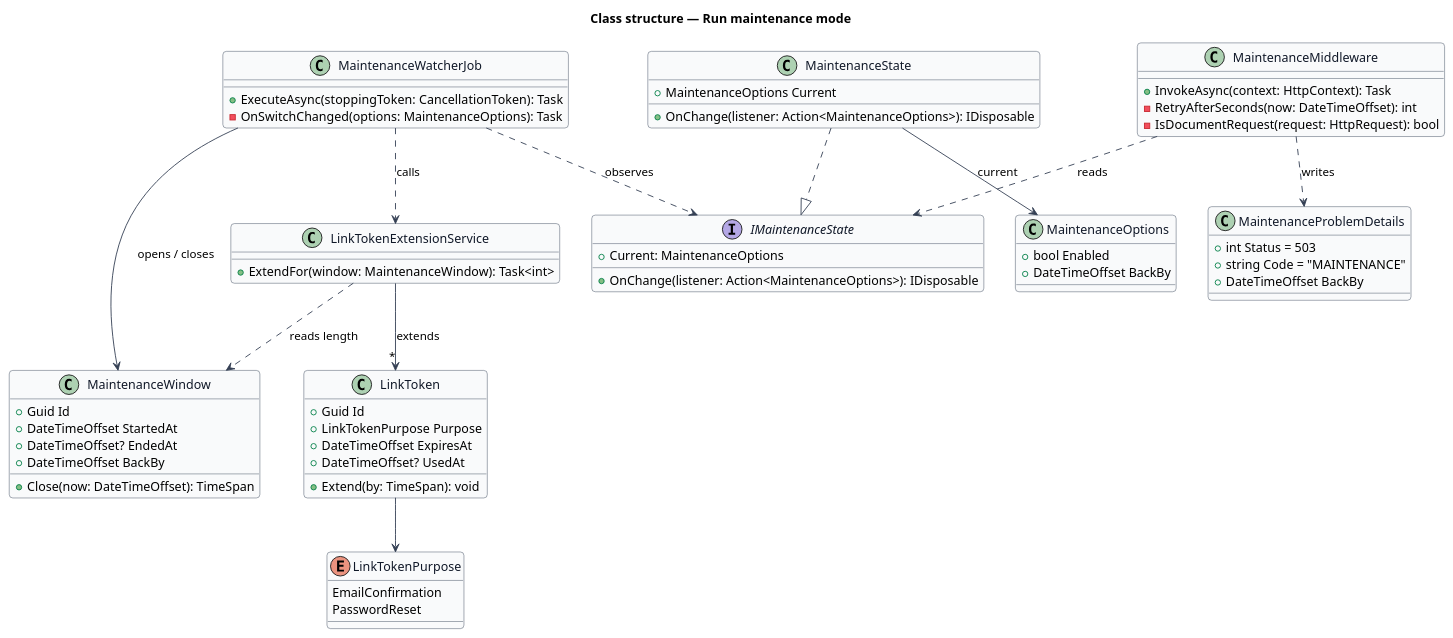
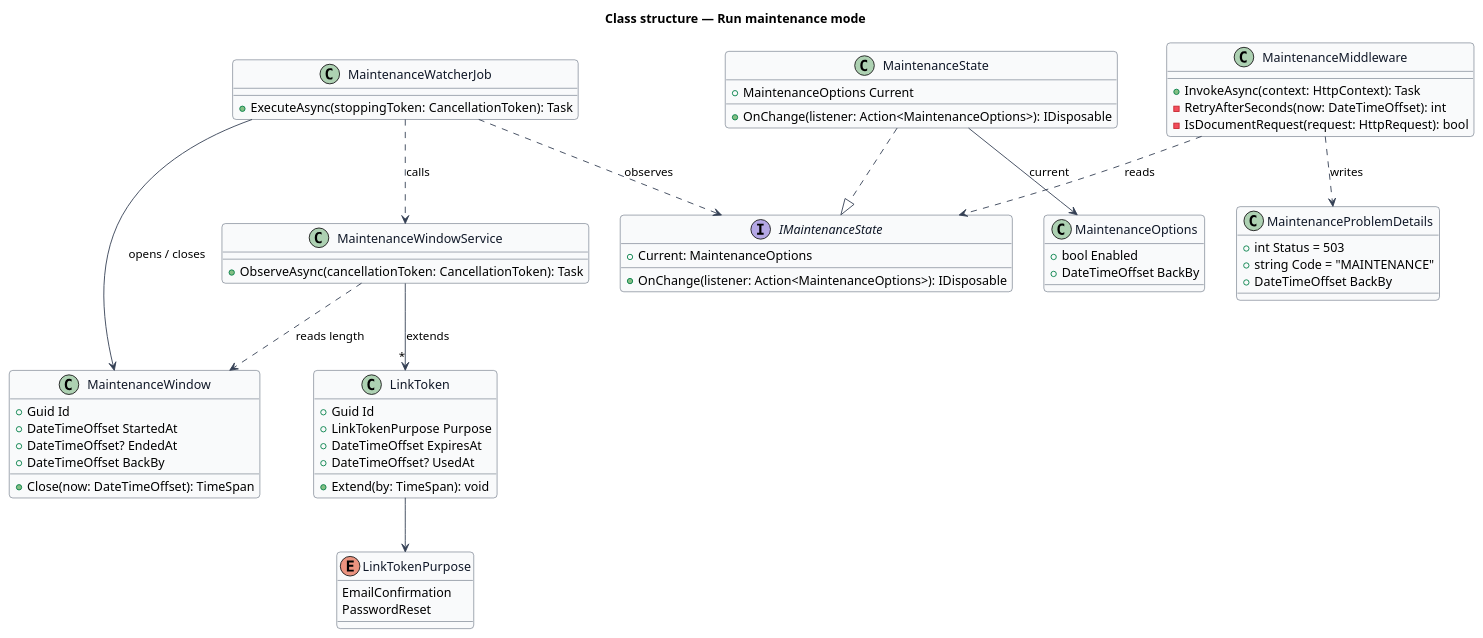
Before and after one commit to QuinntyneBrown/jubilee: the diagram in docs/detailed-designs/system-pages/run-maintenance-mode/diagrams/class-structure.puml, drawn with PlantUML. The commit also changed 23 other files, not shown here.

```diff
--- a/docs/detailed-designs/system-pages/run-maintenance-mode/diagrams/class-structure.puml
+++ b/docs/detailed-designs/system-pages/run-maintenance-mode/diagrams/class-structure.puml
@@ -1,71 +1,70 @@
 @startuml
 skinparam backgroundColor #FFFFFF
 skinparam shadowing false
 skinparam roundcorner 8
 skinparam defaultFontName Arial
 skinparam ArrowColor #344054
 skinparam class {
   BorderColor #344054
   FontColor #101828
   BackgroundColor #F9FAFB
 }
 title Class structure — Run maintenance mode
 enum LinkTokenPurpose {
   EmailConfirmation
   PasswordReset
 }
 class MaintenanceOptions {
   +bool Enabled
   +DateTimeOffset BackBy
 }
 interface IMaintenanceState {
   +Current: MaintenanceOptions
   +OnChange(listener: Action<MaintenanceOptions>): IDisposable
 }
 class MaintenanceState {
   +MaintenanceOptions Current
   +OnChange(listener: Action<MaintenanceOptions>): IDisposable
 }
 class MaintenanceMiddleware {
   +InvokeAsync(context: HttpContext): Task
   -RetryAfterSeconds(now: DateTimeOffset): int
   -IsDocumentRequest(request: HttpRequest): bool
 }
 class MaintenanceWindow {
   +Guid Id
   +DateTimeOffset StartedAt
   +DateTimeOffset? EndedAt
   +DateTimeOffset BackBy
   +Close(now: DateTimeOffset): TimeSpan
 }
 class MaintenanceWatcherJob {
   +ExecuteAsync(stoppingToken: CancellationToken): Task
-  -OnSwitchChanged(options: MaintenanceOptions): Task
 }
-class LinkTokenExtensionService {
-  +ExtendFor(window: MaintenanceWindow): Task<int>
+class MaintenanceWindowService {
+  +ObserveAsync(cancellationToken: CancellationToken): Task
 }
 class LinkToken {
   +Guid Id
   +LinkTokenPurpose Purpose
   +DateTimeOffset ExpiresAt
   +DateTimeOffset? UsedAt
   +Extend(by: TimeSpan): void
 }
 class MaintenanceProblemDetails {
   +int Status = 503
   +string Code = "MAINTENANCE"
   +DateTimeOffset BackBy
 }
 
 MaintenanceState ..|> IMaintenanceState
 MaintenanceState --> MaintenanceOptions : current
 MaintenanceMiddleware ..> IMaintenanceState : reads
 MaintenanceMiddleware ..> MaintenanceProblemDetails : writes
 MaintenanceWatcherJob ..> IMaintenanceState : observes
 MaintenanceWatcherJob --> MaintenanceWindow : opens / closes
-MaintenanceWatcherJob ..> LinkTokenExtensionService : calls
-LinkTokenExtensionService ..> MaintenanceWindow : reads length
-LinkTokenExtensionService --> "*" LinkToken : extends
+MaintenanceWatcherJob ..> MaintenanceWindowService : calls
+MaintenanceWindowService ..> MaintenanceWindow : reads length
+MaintenanceWindowService --> "*" LinkToken : extends
 LinkToken --> LinkTokenPurpose
 @enduml
```
